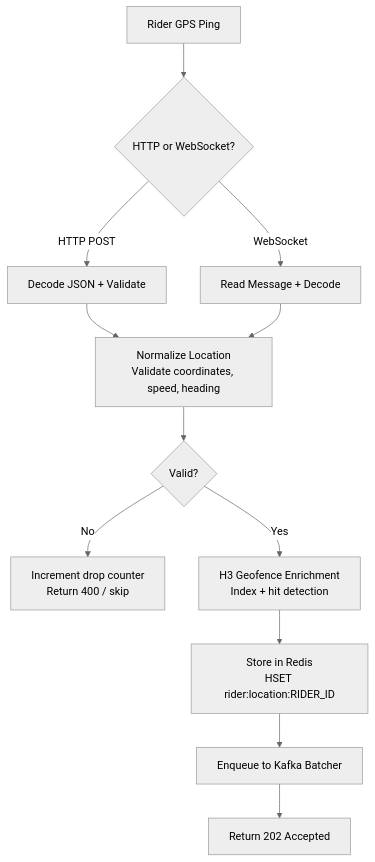
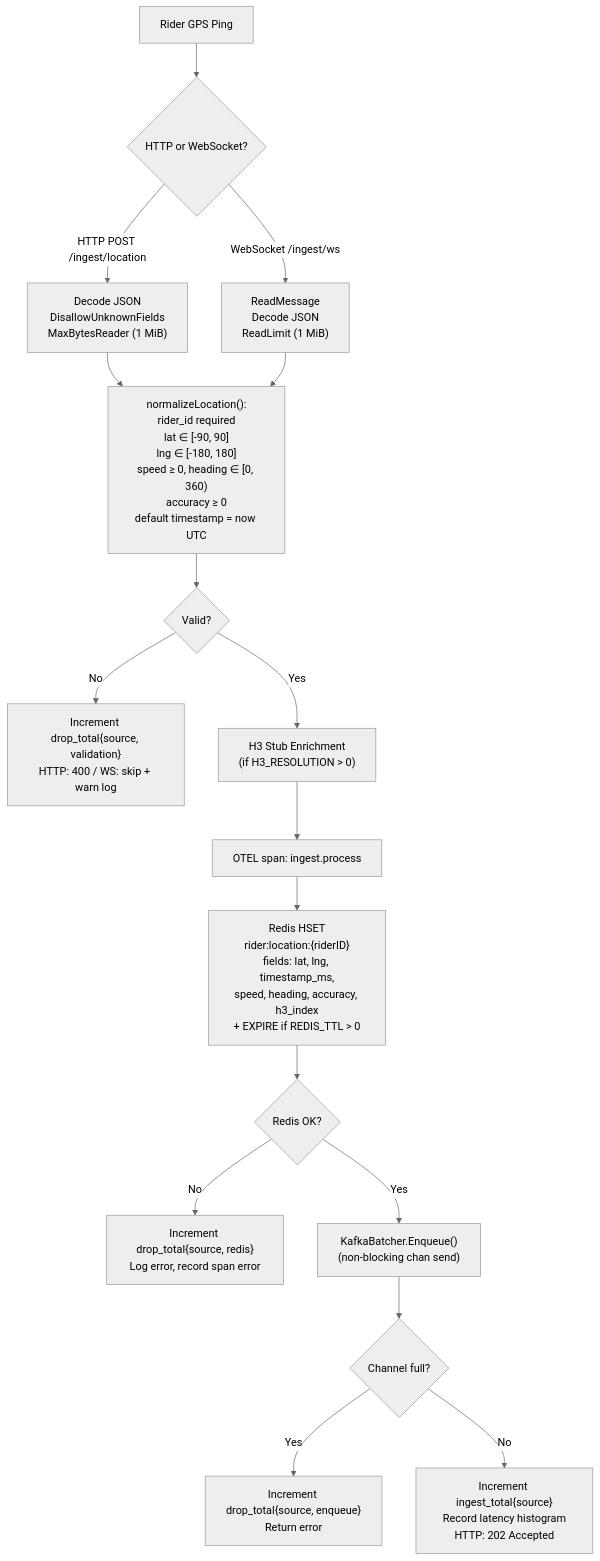
One commit to sunitakeazycommerz-a11y/InstaCommerce changed the third of 5 diagrams in services/location-ingestion-service/README.md. Above: the diagram before and after it, drawn with Mermaid (neutral theme). The commit also changed other lines of this file and 2 other files, not shown here.

Commit message:
docs(logistics): deepen dark-store service guides

````diff
--- a/services/location-ingestion-service/README.md
+++ b/services/location-ingestion-service/README.md
@@ -23,14 +235,19 @@
 ```mermaid
 flowchart TD
-    A[Rider GPS Ping] --> B{HTTP or WebSocket?}
-    B -->|HTTP POST| C[Decode JSON + Validate]
-    B -->|WebSocket| D[Read Message + Decode]
-    C --> E[Normalize Location<br/>Validate coordinates, speed, heading]
+    A["Rider GPS Ping"] --> B{"HTTP or WebSocket?"}
+    B -->|"HTTP POST /ingest/location"| C["Decode JSON<br/>DisallowUnknownFields<br/>MaxBytesReader (1 MiB)"]
+    B -->|"WebSocket /ingest/ws"| D["ReadMessage<br/>Decode JSON<br/>ReadLimit (1 MiB)"]
+    C --> E["normalizeLocation():<br/>rider_id required<br/>lat ∈ [-90, 90]<br/>lng ∈ [-180, 180]<br/>speed ≥ 0, heading ∈ [0, 360)<br/>accuracy ≥ 0<br/>default timestamp = now UTC"]
     D --> E
-    E --> F{Valid?}
-    F -->|No| G[Increment drop counter<br/>Return 400 / skip]
-    F -->|Yes| H[H3 Geofence Enrichment<br/>Index + hit detection]
-    H --> I[Store in Redis<br/>HSET rider:location:RIDER_ID]
-    I --> J[Enqueue to Kafka Batcher]
-    J --> K[Return 202 Accepted]
+    E --> F{"Valid?"}
+    F -->|"No"| G["Increment drop_total{source, validation}<br/>HTTP: 400 / WS: skip + warn log"]
+    F -->|"Yes"| H["H3 Stub Enrichment<br/>(if H3_RESOLUTION > 0)"]
+    H --> I["OTEL span: ingest.process"]
+    I --> J["Redis HSET<br/>rider:location:{riderID}<br/>fields: lat, lng, timestamp_ms,<br/>speed, heading, accuracy, h3_index<br/>+ EXPIRE if REDIS_TTL > 0"]
+    J --> K{"Redis OK?"}
+    K -->|"No"| L["Increment drop_total{source, redis}<br/>Log error, record span error"]
+    K -->|"Yes"| M["KafkaBatcher.Enqueue()<br/>(non-blocking chan send)"]
+    M --> N{"Channel full?"}
+    N -->|"Yes"| O["Increment drop_total{source, enqueue}<br/>Return error"]
+    N -->|"No"| P["Increment ingest_total{source}<br/>Record latency histogram<br/>HTTP: 202 Accepted"]
 ```
````
